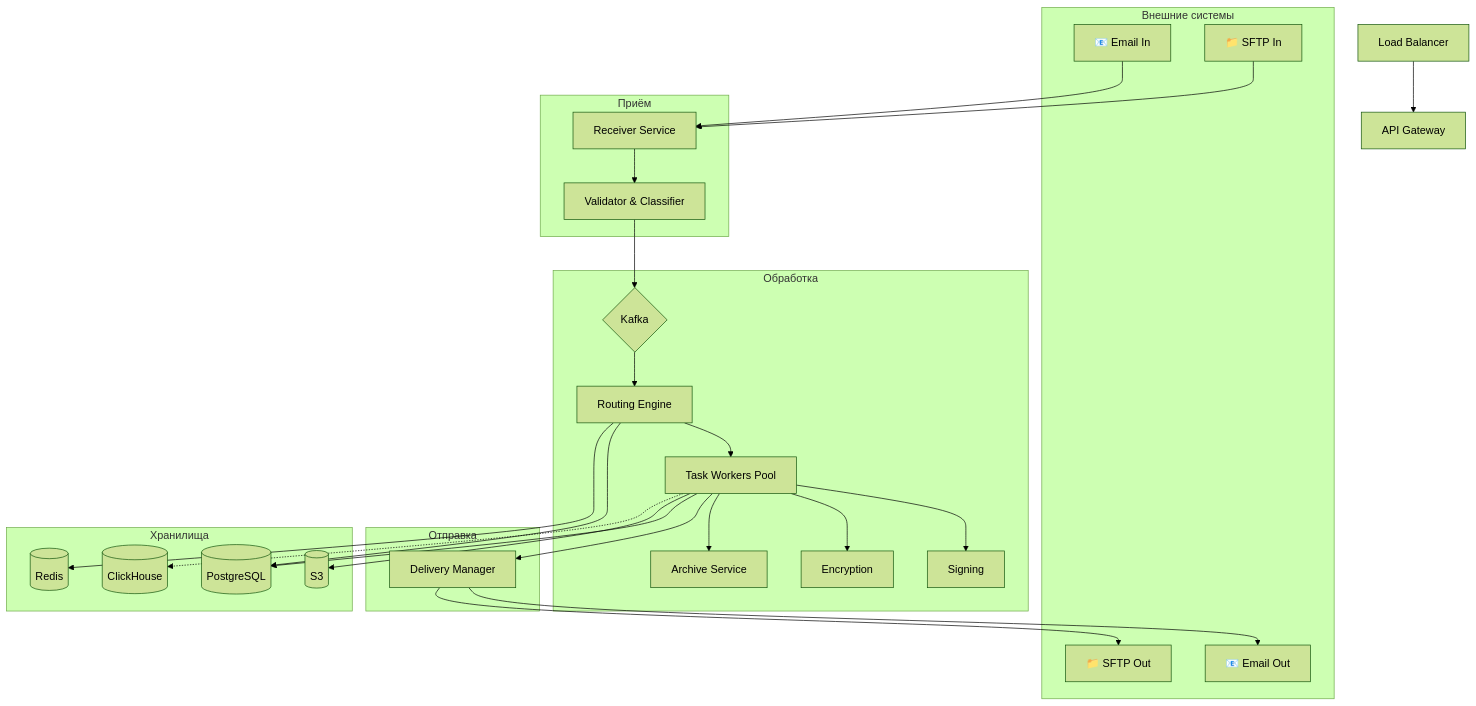
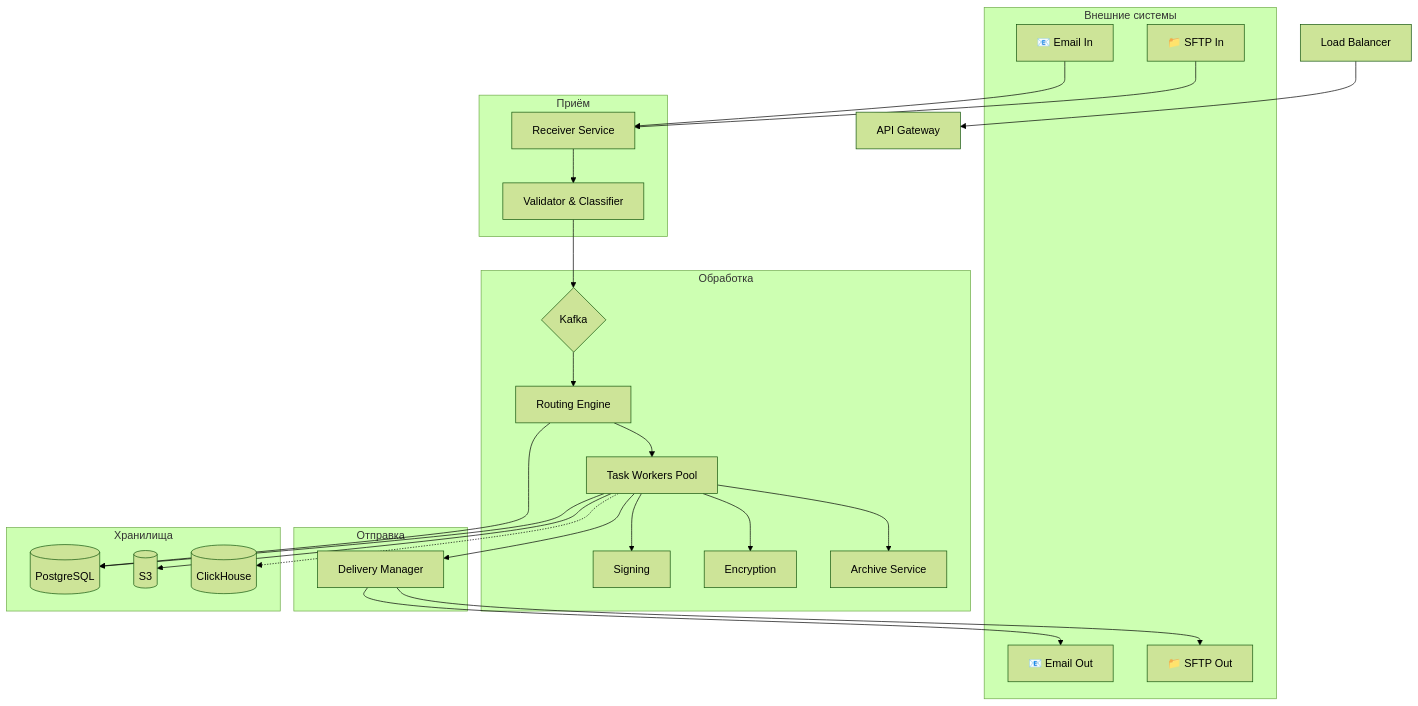
Before and after one commit to AlexanderScheqolev/DS_DDF: the third of 5 diagrams in dev-solution-documents.md, drawn with Mermaid (forest theme).

Commit message:
Update dev-solution-documents.md
Выполнен пункт 2: Использование Redis тоже в настоящий момент необоснованно. Его можно оставить, но как сугубо вспомогательный инструмент - например, чтобы реализовать общий для узлов системы Rate Limiting.

(Я решил убрать его, чтобы не городить еще больше мороки)

````diff
--- a/dev-solution-documents.md
+++ b/dev-solution-documents.md
@@ -344,44 +344,43 @@
 ```mermaid
 graph TB
     subgraph "Внешние системы"
         EmailIn[📧 Email In]
         SFTPIn[📁 SFTP In]
         EmailOut[📧 Email Out]
         SFTPOut[📁 SFTP Out]
     end
 
     LB[Load Balancer] --> API[API Gateway]
     
     subgraph "Приём"
         EmailIn --> Receiver[Receiver Service]
         SFTPIn --> Receiver
         Receiver --> Validator[Validator & Classifier]
     end
 
     Validator --> Kafka{Kafka}
     
     subgraph "Обработка"
         Kafka --> RouteEngine[Routing Engine]
         RouteEngine --> Workers[Task Workers Pool]
         Workers --> Sign[Signing]
         Workers --> Encrypt[Encryption]
         Workers --> Archive[Archive Service]
     end
 
     subgraph "Отправка"
         Workers --> Delivery[Delivery Manager]
         Delivery --> EmailOut
         Delivery --> SFTPOut
     end
 
     subgraph "Хранилища"
         DB[(PostgreSQL)]
-        Cache[(Redis)]
         Storage[(S3)]
         Analytics[(ClickHouse)]
     end
 
-    RouteEngine --> DB & Cache
+    RouteEngine --> DB
     Workers --> DB & Storage
     Workers -.-> Analytics
 ```
````
